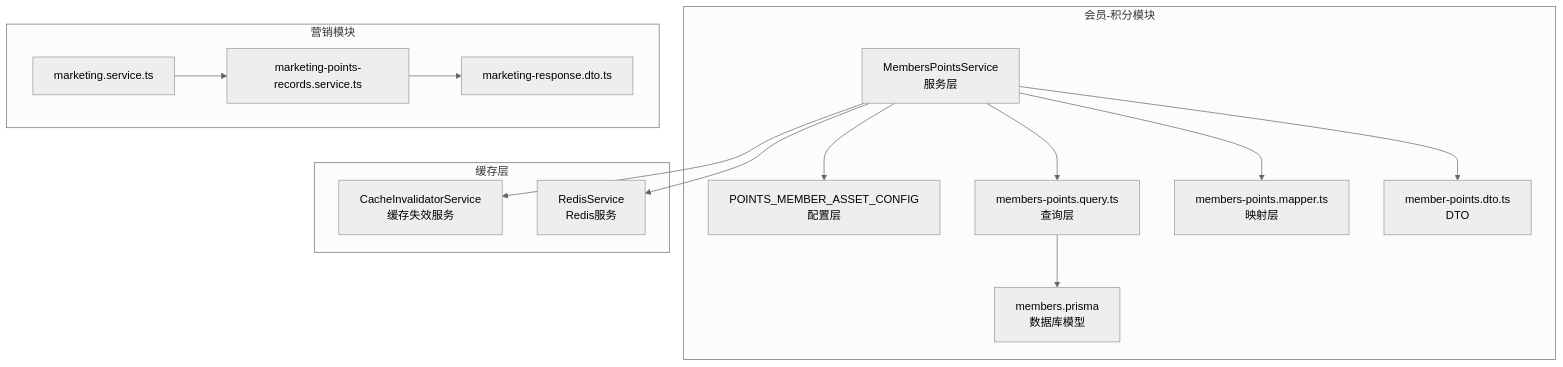
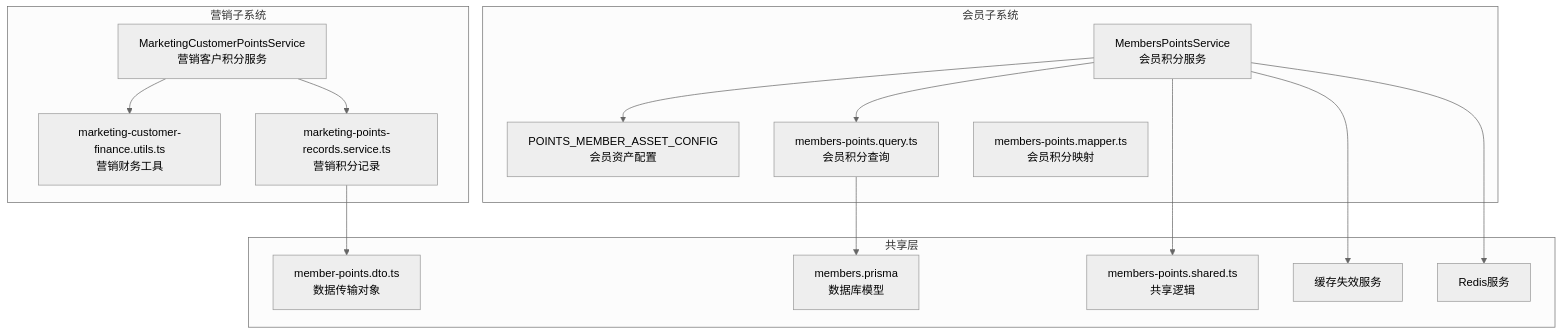
The first of 5 diagrams in .qoder/repowiki/zh/content/业务模块/会员管理模块/会员积分管理.md (rc558620/purelyprofit-server), drawn with Mermaid (neutral theme) before and after one commit. The commit also changed other lines of this file and 10 other files, not shown here.

````diff
--- a/.qoder/repowiki/zh/content/业务模块/会员管理模块/会员积分管理.md
+++ b/.qoder/repowiki/zh/content/业务模块/会员管理模块/会员积分管理.md
@@ -50,29 +52,30 @@
 ```mermaid
 graph TB
-subgraph "会员-积分模块"
-Svc["MembersPointsService<br/>服务层"]
-Cfg["POINTS_MEMBER_ASSET_CONFIG<br/>配置层"]
-Qry["members-points.query.ts<br/>查询层"]
-Map["members-points.mapper.ts<br/>映射层"]
-Dto["member-points.dto.ts<br/>DTO"]
+subgraph "会员子系统"
+MemberSvc["MembersPointsService<br/>会员积分服务"]
+MemberCfg["POINTS_MEMBER_ASSET_CONFIG<br/>会员资产配置"]
+MemberQry["members-points.query.ts<br/>会员积分查询"]
+MemberMap["members-points.mapper.ts<br/>会员积分映射"]
+end
+subgraph "营销子系统"
+MktCustomerPoints["MarketingCustomerPointsService<br/>营销客户积分服务"]
+MktFinanceUtils["marketing-customer-finance.utils.ts<br/>营销财务工具"]
+MktPointsRecords["marketing-points-records.service.ts<br/>营销积分记录"]
+end
+subgraph "共享层"
+Shared["members-points.shared.ts<br/>共享逻辑"]
+Dto["member-points.dto.ts<br/>数据传输对象"]
 Db["members.prisma<br/>数据库模型"]
+Cache["缓存失效服务"]
+Redis["Redis服务"]
 end
-subgraph "营销模块"
-MktSvc["marketing.service.ts"]
-MktRec["marketing-points-records.service.ts"]
-MktDto["marketing-response.dto.ts"]
-end
-subgraph "缓存层"
-Cache["CacheInvalidatorService<br/>缓存失效服务"]
-Redis["RedisService<br/>Redis服务"]
-end
-Svc --> Cfg
-Svc --> Qry
-Svc --> Map
-Svc --> Dto
-Svc --> Cache
-Svc --> Redis
-Qry --> Db
-MktSvc --> MktRec
-MktRec --> MktDto
+MemberSvc --> MemberCfg
+MemberSvc --> MemberQry
+MemberSvc --> Shared
+MemberSvc --> Cache
+MemberSvc --> Redis
+MktCustomerPoints --> MktFinanceUtils
+MktCustomerPoints --> MktPointsRecords
+MktPointsRecords --> Dto
+MemberQry --> Db
 ```
````
